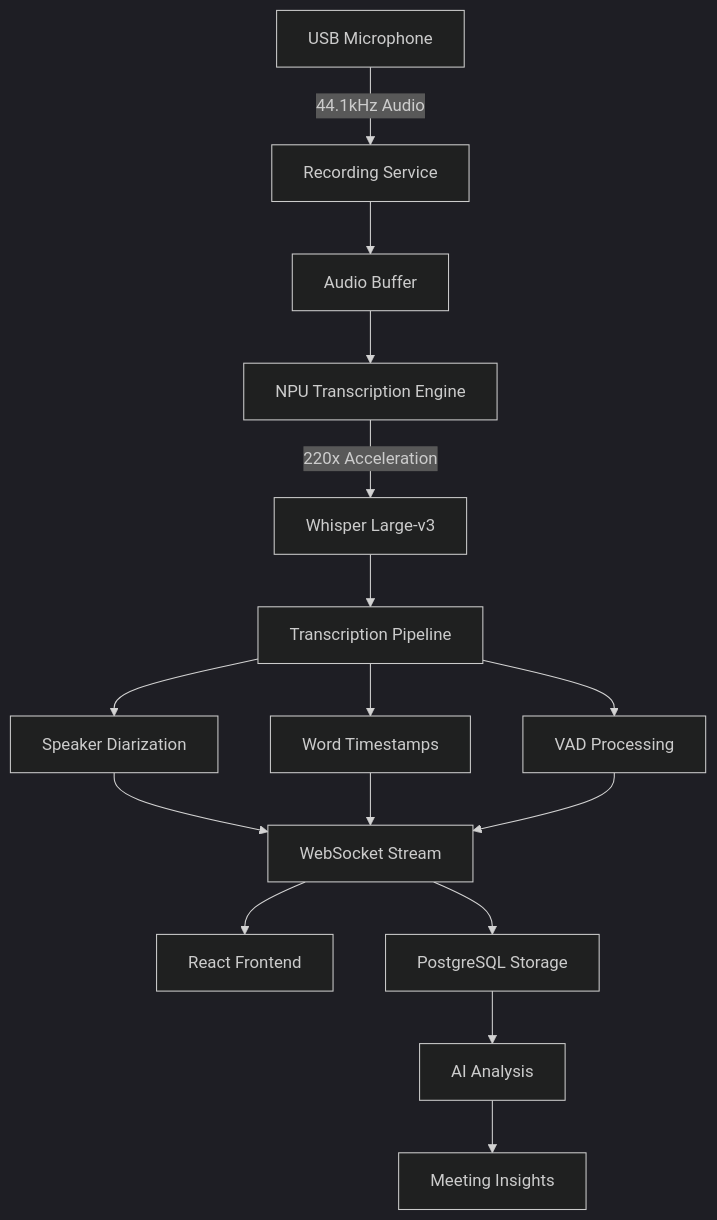
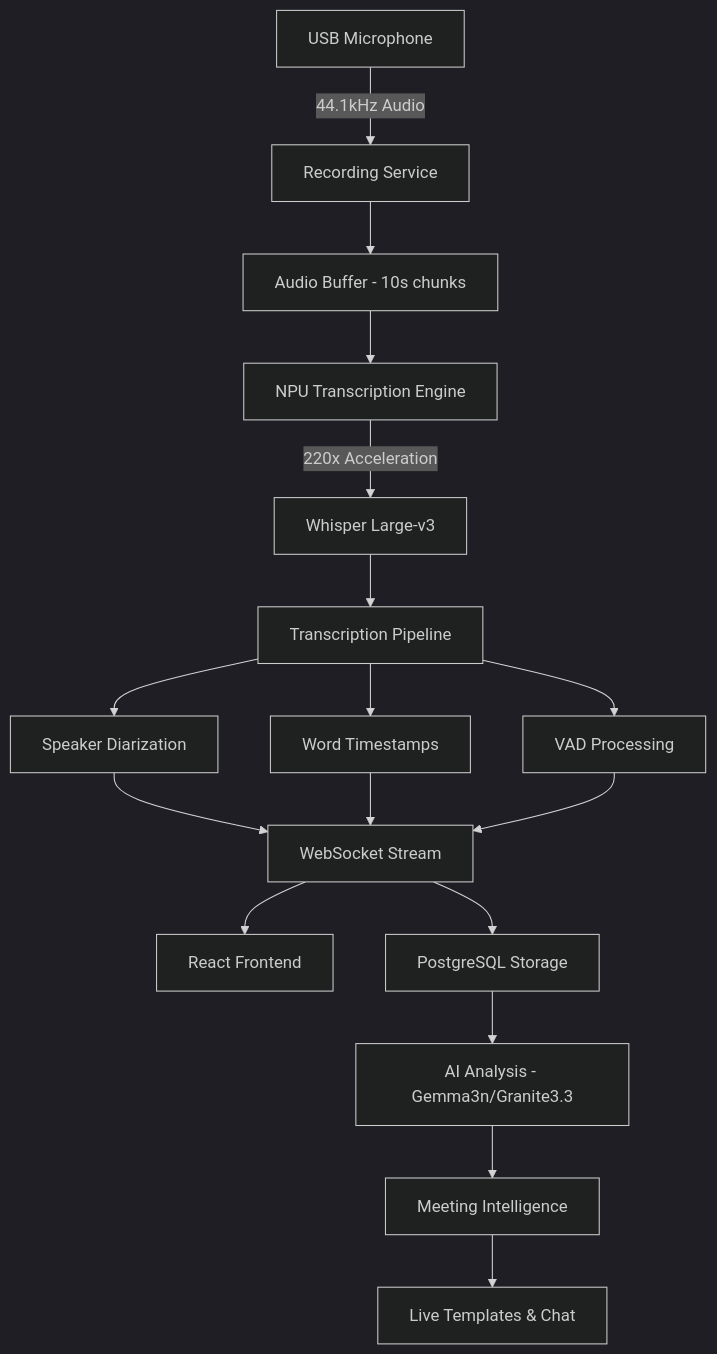
Before and after one commit to Unicorn-Commander/Meeting-Ops: the diagram in README.md, drawn with Mermaid (dark theme). The commit also changed other lines of this file and 6 other files, not shown here.

````diff
--- a/README.md
+++ b/README.md
@@ -101,18 +137,19 @@
 ```mermaid
 graph TD
     A[USB Microphone] -->|44.1kHz Audio| B[Recording Service]
-    B --> C[Audio Buffer]
+    B --> C[Audio Buffer - 10s chunks]
     C --> D[NPU Transcription Engine]
     D -->|220x Acceleration| E[Whisper Large-v3]
     E --> F[Transcription Pipeline]
     F --> G[Speaker Diarization]
     F --> H[Word Timestamps]
     F --> I[VAD Processing]
     G --> J[WebSocket Stream]
     H --> J
     I --> J
     J --> K[React Frontend]
     J --> L[PostgreSQL Storage]
-    L --> M[AI Analysis]
-    M --> N[Meeting Insights]
+    L --> M[AI Analysis - Gemma3n/Granite3.3]
+    M --> N[Meeting Intelligence]
+    N --> O[Live Templates & Chat]
 ```
````
